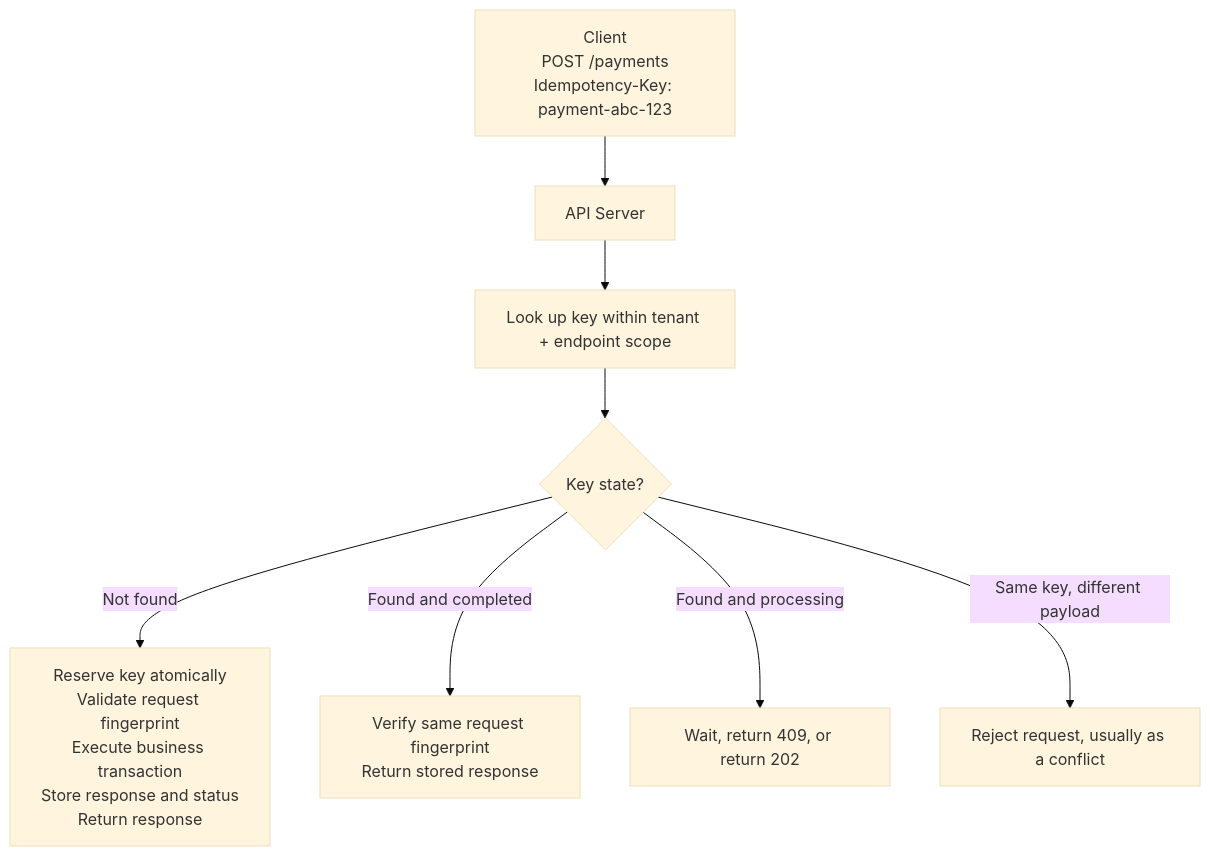
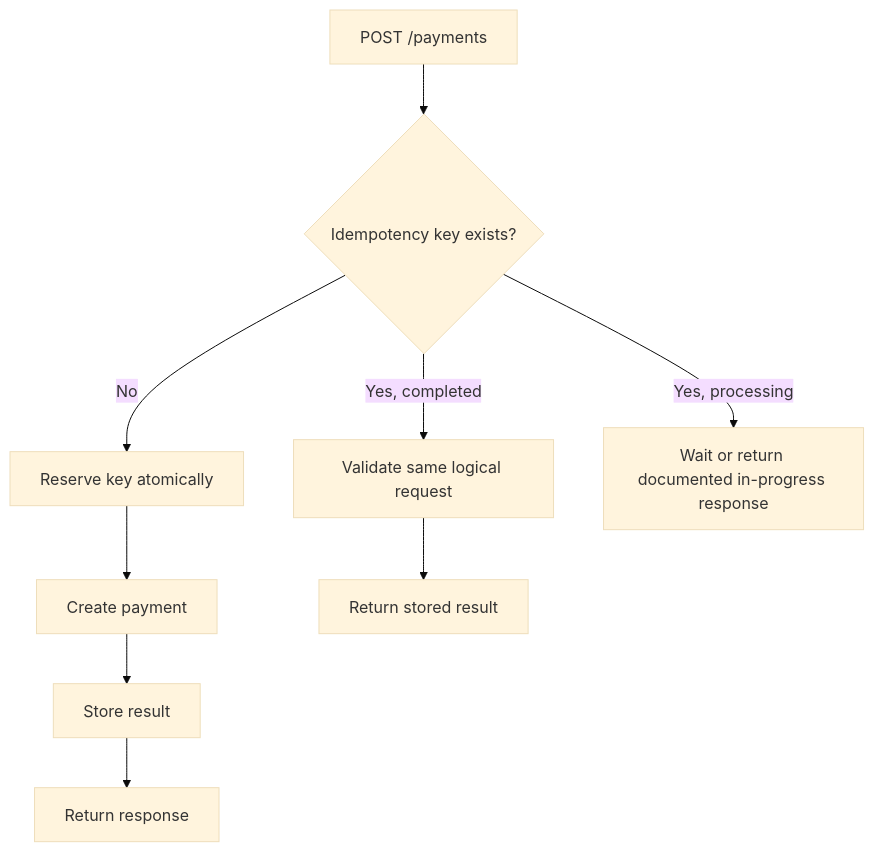
One commit to AvadhBhalodiya/Interview-Preparation changed the third of 4 diagrams in src/content/api-design/idempotency-http-methods.md. Above: the diagram before and after it, drawn with Mermaid (base theme). The commit also changed other lines of this file and 54 other files, not shown here.

````diff
--- a/src/content/api-design/idempotency-http-methods.md
+++ b/src/content/api-design/idempotency-http-methods.md
@@ -769,11 +461,14 @@
 ```mermaid
 flowchart TD
-    C["Client<br/>POST /payments<br/>Idempotency-Key: payment-abc-123"] --> API[API Server]
-    API --> LOOK[Look up key within tenant + endpoint scope]
-    LOOK --> D{Key state?}
+    A[POST /payments] --> B{Idempotency key exists?}
 
-    D -->|Not found| NF["Reserve key atomically<br/>Validate request fingerprint<br/>Execute business transaction<br/>Store response and status<br/>Return response"]
-    D -->|Found and completed| FC["Verify same request fingerprint<br/>Return stored response"]
-    D -->|Found and processing| FP["Wait, return 409, or return 202"]
-    D -->|Same key, different payload| DP[Reject request, usually as a conflict]
+    B -->|No| C[Reserve key atomically]
+    C --> D[Create payment]
+    D --> E[Store result]
+    E --> F[Return response]
+
+    B -->|Yes, completed| G[Validate same logical request]
+    G --> H[Return stored result]
+
+    B -->|Yes, processing| I[Wait or return documented in-progress response]
 ```
````
